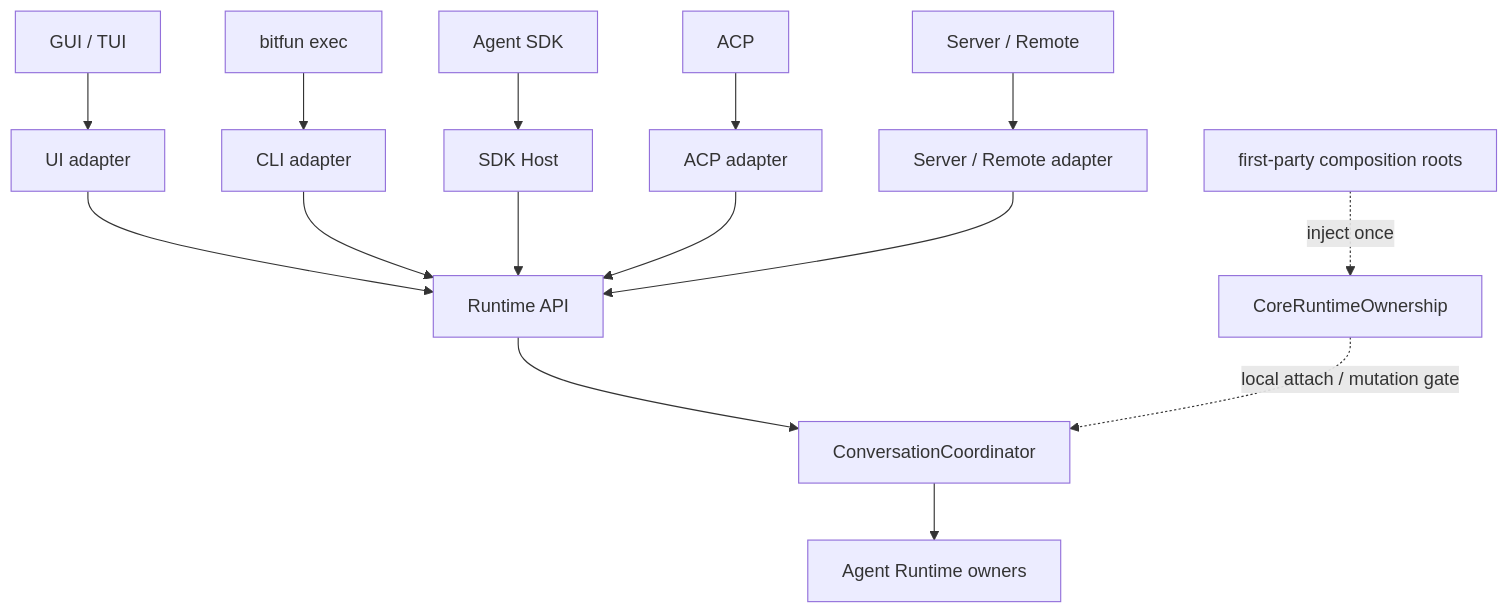
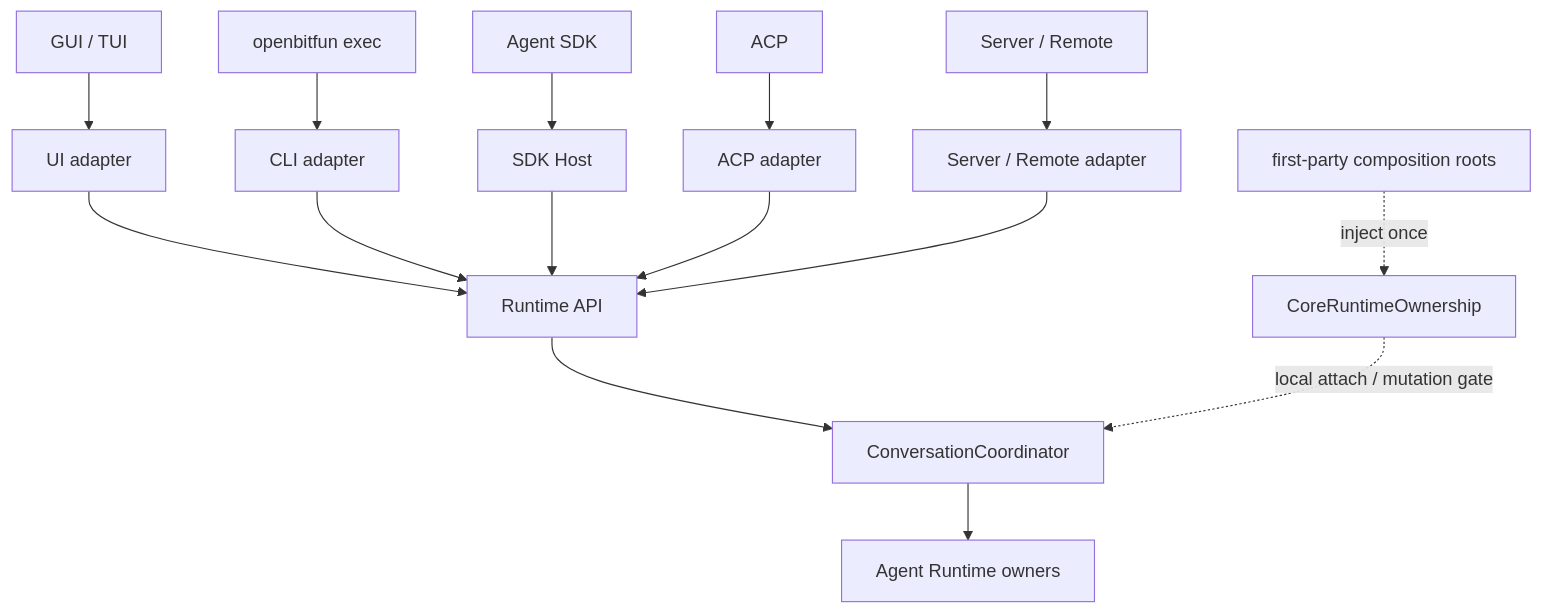
Before and after one commit to 1688mengdie/BitFun: the fourth of 11 diagrams in docs/architecture/agent-sdk-product-architecture.md, drawn with Mermaid. The commit also changed other lines of this file and 4651 other files, not shown here.

````diff
--- a/docs/architecture/agent-sdk-product-architecture.md
+++ b/docs/architecture/agent-sdk-product-architecture.md
@@ -177,18 +177,18 @@
 ```mermaid
 flowchart TB
   GUI["GUI / TUI"] --> UIA["UI adapter"]
-  CLI["bitfun exec"] --> CLIA["CLI adapter"]
+  CLI["openbitfun exec"] --> CLIA["CLI adapter"]
   SDK["Agent SDK"] --> SDKA["SDK Host"]
   ACP["ACP"] --> ACPA["ACP adapter"]
   Server["Server / Remote"] --> RemoteA["Server / Remote adapter"]
   UIA --> API["Runtime API"]
   CLIA --> API
   SDKA --> API
   ACPA --> API["Runtime API"]
   RemoteA --> API
   API --> Coordinator["ConversationCoordinator"]
   Coordinator --> Runtime["Agent Runtime owners"]
 
   Composition["first-party composition roots"] -. "inject once" .-> Ownership["CoreRuntimeOwnership"]
   Ownership -. "local attach / mutation gate" .-> Coordinator
 ```
````
